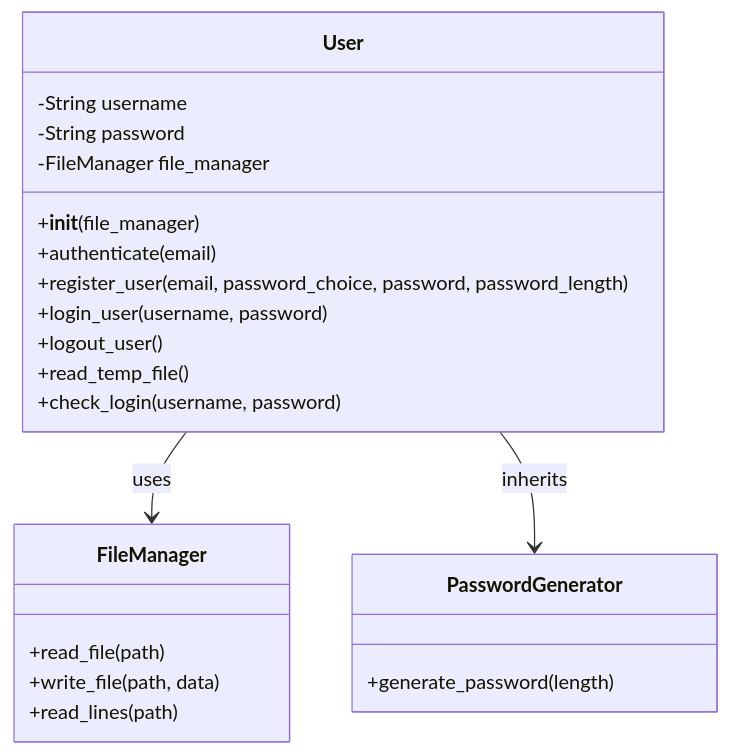
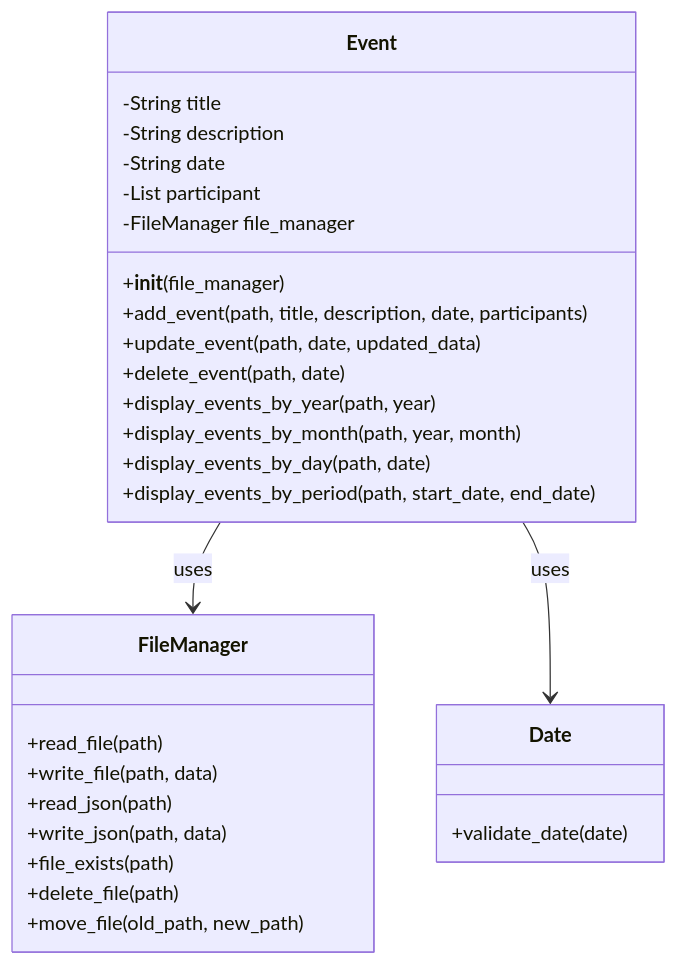
Before and after one commit to YuriyMavko/test: the diagram in README.md, drawn with Mermaid.

````diff
--- a/README.md
+++ b/README.md
@@ -1,29 +1,36 @@
 ```mermaid
 classDiagram
-    class User {
-        -String username
-        -String password
+    class Event {
+        -String title
+        -String description
+        -String date
+        -List participant
         -FileManager file_manager
         +__init__(file_manager)
-        +authenticate(email)
-        +register_user(email, password_choice, password, password_length)
-        +login_user(username, password)
-        +logout_user()
-        +read_temp_file()
-        +check_login(username, password)
+        +add_event(path, title, description, date, participants)
+        +update_event(path, date, updated_data)
+        +delete_event(path, date)
+        +display_events_by_year(path, year)
+        +display_events_by_month(path, year, month)
+        +display_events_by_day(path, date)
+        +display_events_by_period(path, start_date, end_date)
     }
 
     class FileManager {
         +read_file(path)
         +write_file(path, data)
-        +read_lines(path)
+        +read_json(path)
+        +write_json(path, data)
+        +file_exists(path)
+        +delete_file(path)
+        +move_file(old_path, new_path)
     }
 
-    class PasswordGenerator {
-        +generate_password(length)
+    class Date {
+        +validate_date(date)
     }
 
-    User --> FileManager : uses
-    User --> PasswordGenerator : inherits
+    Event --> FileManager : uses
+    Event --> Date : uses
 
 ```
````
